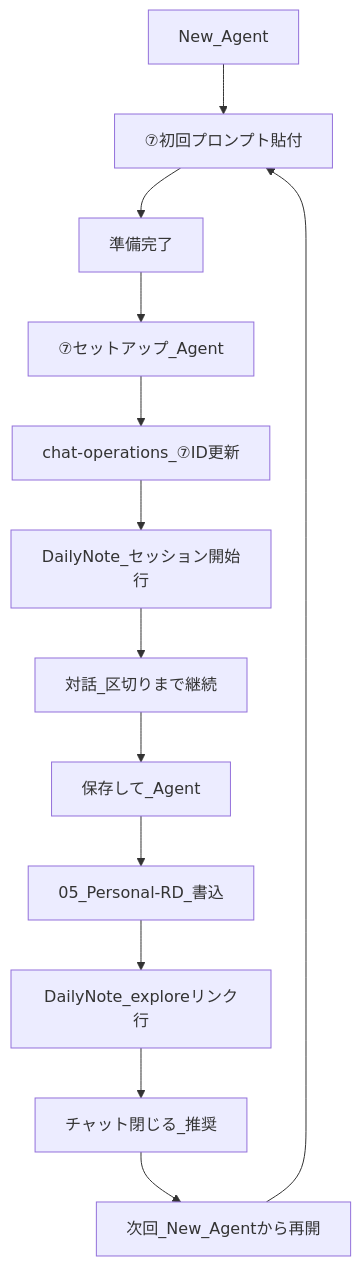
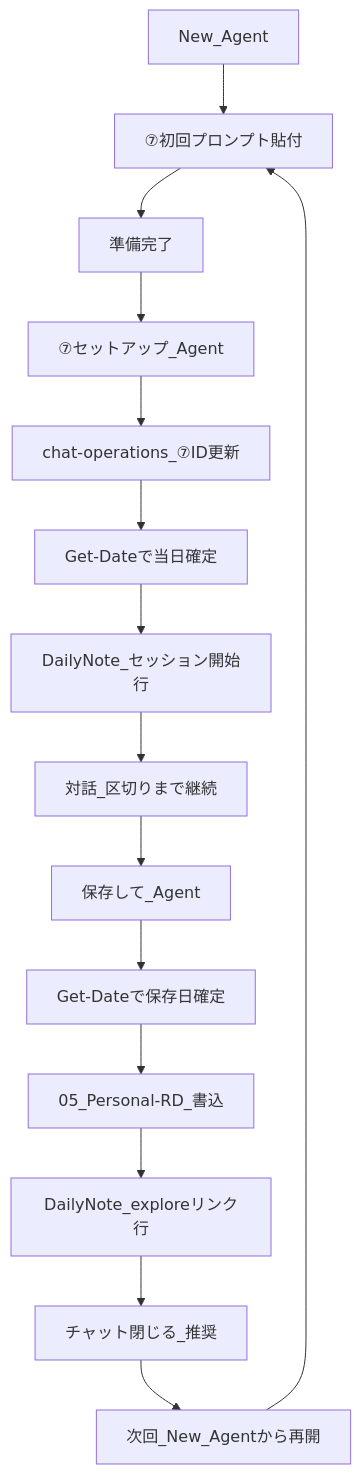
One commit to toolarcdev/toolarc-web changed the diagram in docs/ai-context/chat-operations.md. Above: the diagram before and after it, drawn with Mermaid. The commit also changed other lines of this file, not shown here.

````diff
--- a/docs/ai-context/chat-operations.md
+++ b/docs/ai-context/chat-operations.md
@@ -442,22 +463,24 @@
 ```mermaid
 flowchart TD
   start[New_Agent]
   prompt[⑦初回プロンプト貼付]
   ready[準備完了]
   setup[⑦セットアップ_Agent]
   opsUpdate[chat-operations_⑦ID更新]
+  getDateSetup[Get-Dateで当日確定]
   dailyStart[DailyNote_セッション開始行]
   talk[対話_区切りまで継続]
   save[保存して_Agent]
+  getDateSave[Get-Dateで保存日確定]
   vaultWrite[05_Personal-RD_書込]
   dailySave[DailyNote_exploreリンク行]
   closeTab[チャット閉じる_推奨]
   nextStart[次回_New_Agentから再開]
 
   start --> prompt --> ready --> setup
-  setup --> opsUpdate --> dailyStart --> talk
+  setup --> opsUpdate --> getDateSetup --> dailyStart --> talk
   talk --> save
-  save --> vaultWrite --> dailySave --> closeTab
+  save --> getDateSave --> vaultWrite --> dailySave --> closeTab
   closeTab --> nextStart
   nextStart --> prompt
 ```
````
